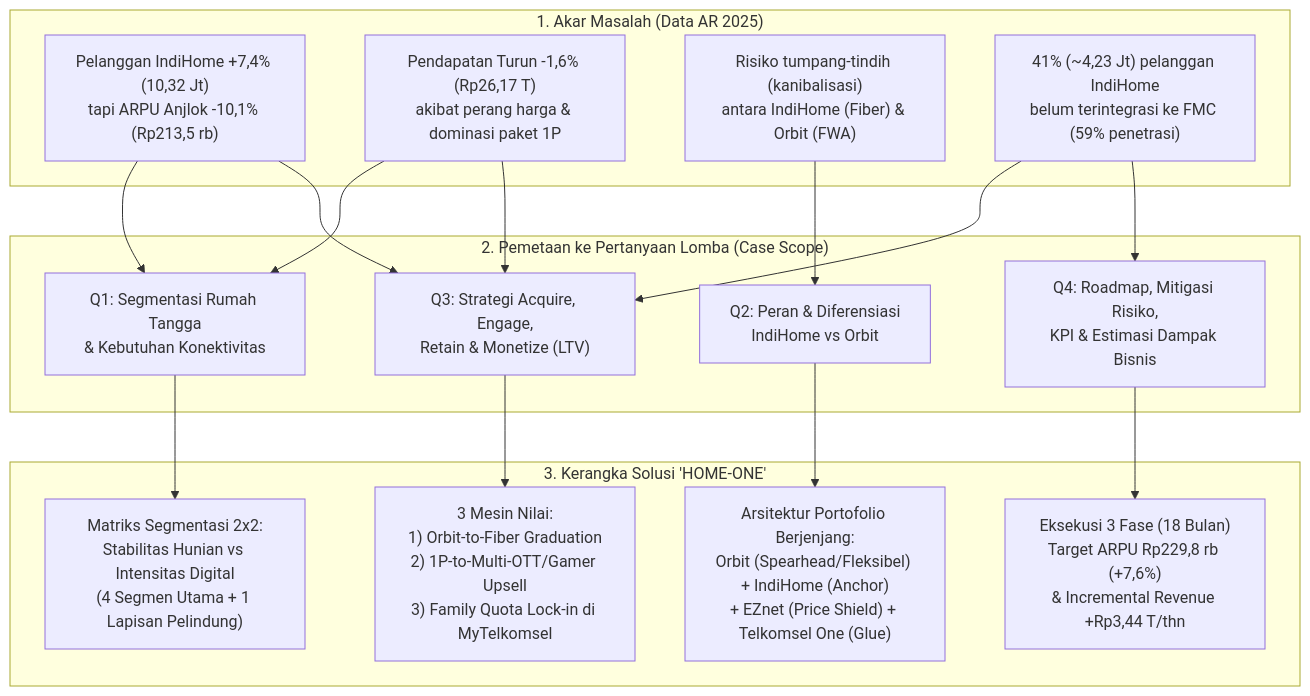
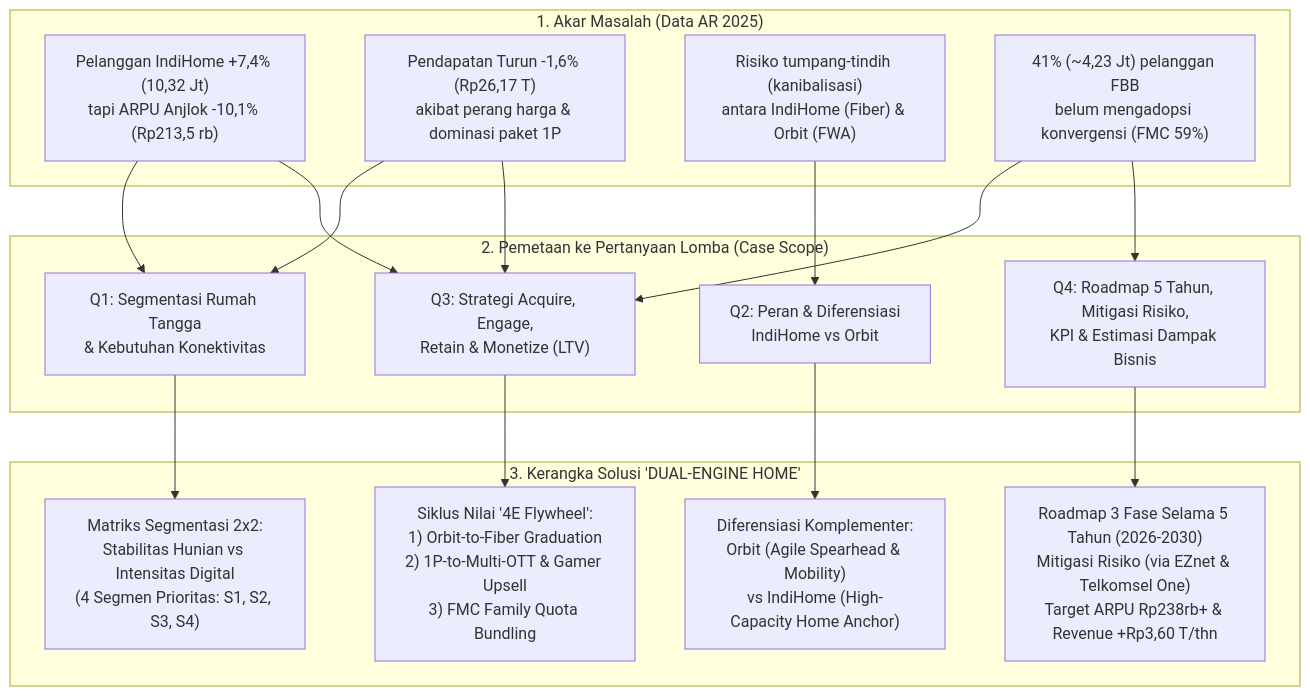
Before and after one commit to brenandapamudya1/DWDG-Minicase: the first of 4 diagrams in report/Proposed_Solution.md, drawn with Mermaid. The commit also changed other lines of this file and 3 other files, not shown here.

Commit message:
adjusting proposed solutin: move eznet & telkomsel-one to risk & mitigation

````diff
--- a/report/Proposed_Solution.md
+++ b/report/Proposed_Solution.md
@@ -14,31 +20,31 @@
 ```mermaid
 flowchart TD
     subgraph PROBLEM ["1. Akar Masalah (Data AR 2025)"]
         P1["Pelanggan IndiHome +7,4% (10,32 Jt)<br/>tapi ARPU Anjlok -10,1% (Rp213,5 rb)"]
         P2["Pendapatan Turun -1,6% (Rp26,17 T)<br/>akibat perang harga & dominasi paket 1P"]
         P3["Risiko tumpang-tindih (kanibalisasi)<br/>antara IndiHome (Fiber) & Orbit (FWA)"]
-        P4["41% (~4,23 Jt) pelanggan IndiHome<br/>belum terintegrasi ke FMC (59% penetrasi)"]
+        P4["41% (~4,23 Jt) pelanggan FBB<br/>belum mengadopsi konvergensi (FMC 59%)"]
     end
 
     subgraph MAPPING ["2. Pemetaan ke Pertanyaan Lomba (Case Scope)"]
         Q1["Q1: Segmentasi Rumah Tangga<br/>& Kebutuhan Konektivitas"]
         Q2["Q2: Peran & Diferensiasi<br/>IndiHome vs Orbit"]
         Q3["Q3: Strategi Acquire, Engage,<br/>Retain & Monetize (LTV)"]
-        Q4["Q4: Roadmap, Mitigasi Risiko,<br/>KPI & Estimasi Dampak Bisnis"]
+        Q4["Q4: Roadmap 5 Tahun, Mitigasi Risiko,<br/>KPI & Estimasi Dampak Bisnis"]
     end
 
-    subgraph SOLUTION ["3. Kerangka Solusi 'HOME-ONE'"]
-        S1["Matriks Segmentasi 2x2:<br/>Stabilitas Hunian vs Intensitas Digital<br/>(4 Segmen Utama + 1 Lapisan Pelindung)"]
-        S2["Arsitektur Portofolio Berjenjang:<br/>Orbit (Spearhead/Fleksibel) + IndiHome (Anchor)<br/>+ EZnet (Price Shield) + Telkomsel One (Glue)"]
-        S3["3 Mesin Nilai:<br/>1) Orbit-to-Fiber Graduation<br/>2) 1P-to-Multi-OTT/Gamer Upsell<br/>3) Family Quota Lock-in di MyTelkomsel"]
-        S4["Eksekusi 3 Fase (18 Bulan)<br/>Target ARPU Rp229,8 rb (+7,6%)<br/>& Incremental Revenue +Rp3,44 T/thn"]
+    subgraph SOLUTION ["3. Kerangka Solusi 'DUAL-ENGINE HOME'"]
+        S1["Matriks Segmentasi 2x2:<br/>Stabilitas Hunian vs Intensitas Digital<br/>(4 Segmen Prioritas: S1, S2, S3, S4)"]
+        S2["Diferensiasi Komplementer:<br/>Orbit (Agile Spearhead & Mobility)<br/>vs IndiHome (High-Capacity Home Anchor)"]
+        S3["Siklus Nilai '4E Flywheel':<br/>1) Orbit-to-Fiber Graduation<br/>2) 1P-to-Multi-OTT & Gamer Upsell<br/>3) FMC Family Quota Bundling"]
+        S4["Roadmap 3 Fase Selama 5 Tahun (2026-2030)<br/>Mitigasi Risiko (via EZnet & Telkomsel One)<br/>Target ARPU Rp238rb+ & Revenue +Rp3,60 T/thn"]
     end
 
     P1 & P2 --> Q1 & Q3
     P3 --> Q2
     P4 --> Q3 & Q4
     Q1 --> S1
     Q2 --> S2
     Q3 --> S3
     Q4 --> S4
 ```
````
